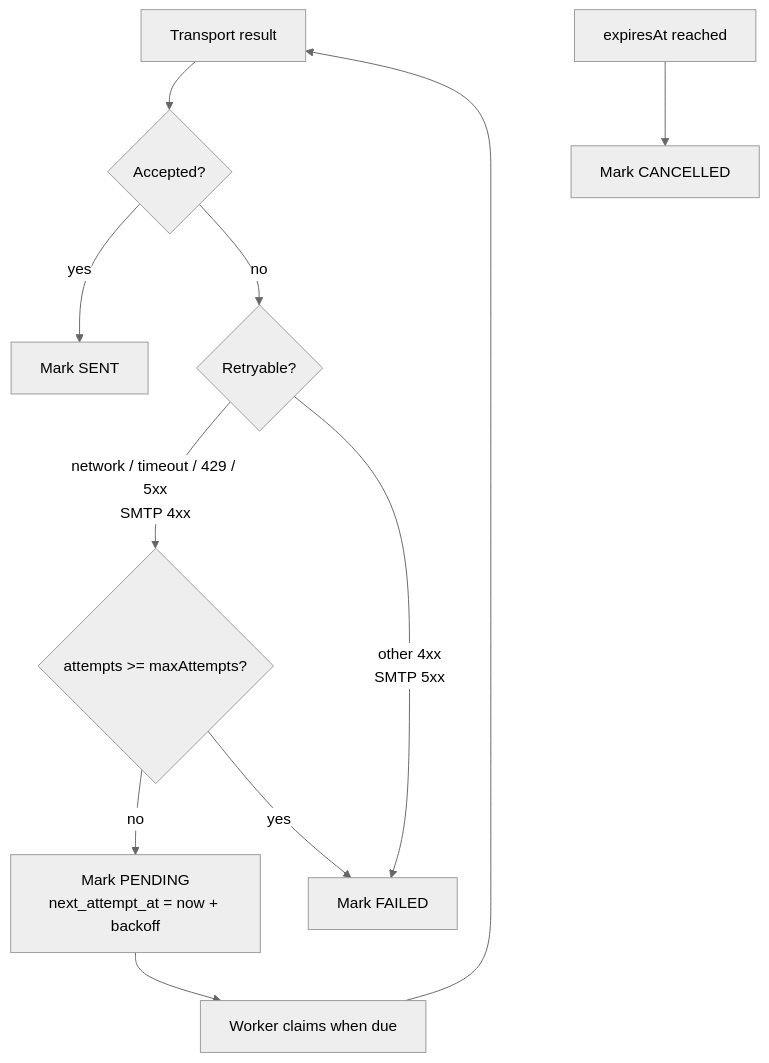
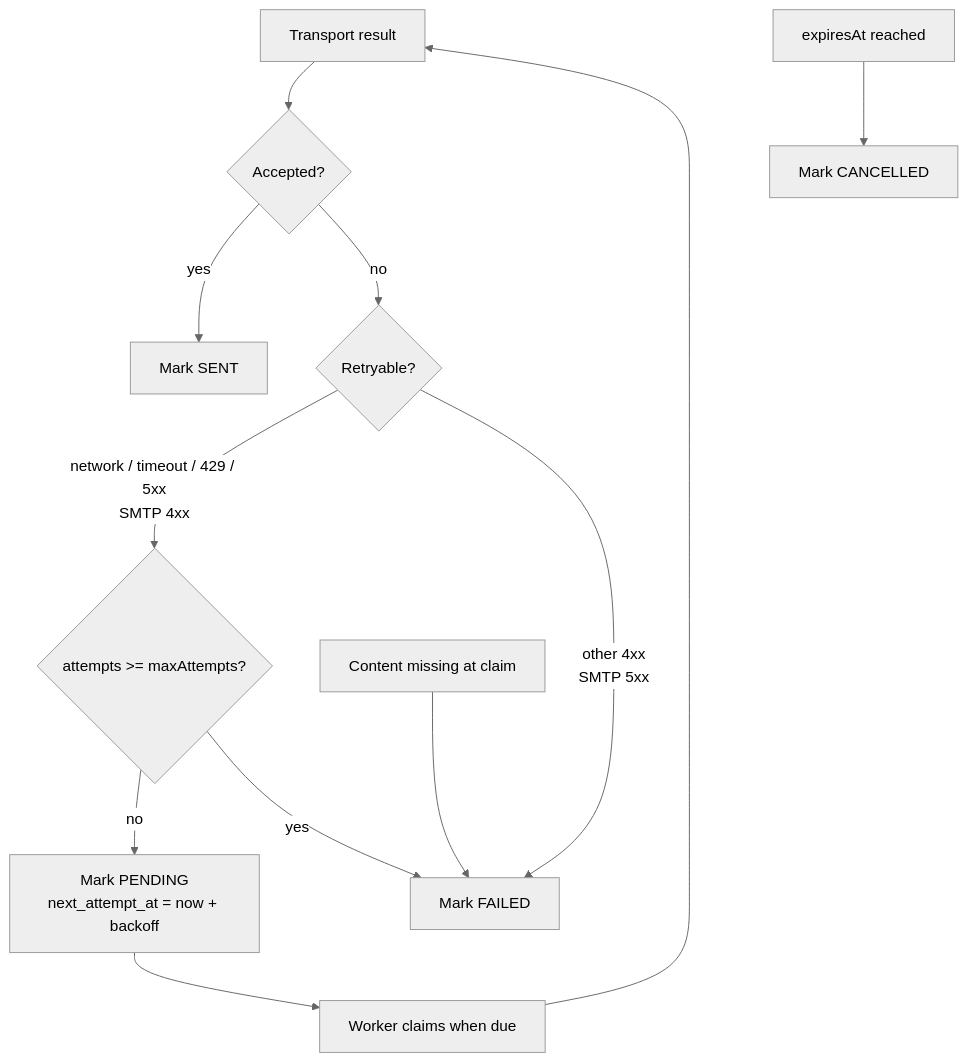
Before and after one commit to Caluno-GmbH/caluno: the fifth of 5 diagrams in docs/specs/2026-10-21-email-outbox-design.md, drawn with Mermaid (neutral theme). The commit also changed other lines of this file, not shown here.

````diff
--- a/docs/specs/2026-10-21-email-outbox-design.md
+++ b/docs/specs/2026-10-21-email-outbox-design.md
@@ -164,13 +168,14 @@
 ```mermaid
 flowchart TD
   R[Transport result] --> OK{Accepted?}
   OK -->|yes| SENT[Mark SENT]
   OK -->|no| KIND{Retryable?}
   KIND -->|network / timeout / 429 / 5xx<br/>SMTP 4xx| ATT{attempts >= maxAttempts?}
   KIND -->|other 4xx<br/>SMTP 5xx| FAILED[Mark FAILED]
   ATT -->|no| RETRY[Mark PENDING<br/>next_attempt_at = now + backoff]
   ATT -->|yes| FAILED
   RETRY --> WAIT[Worker claims when due]
   WAIT --> R
   EXP[expiresAt reached] --> CANCELLED[Mark CANCELLED]
+  MISS[Content missing at claim] --> FAILED
 ```
````
